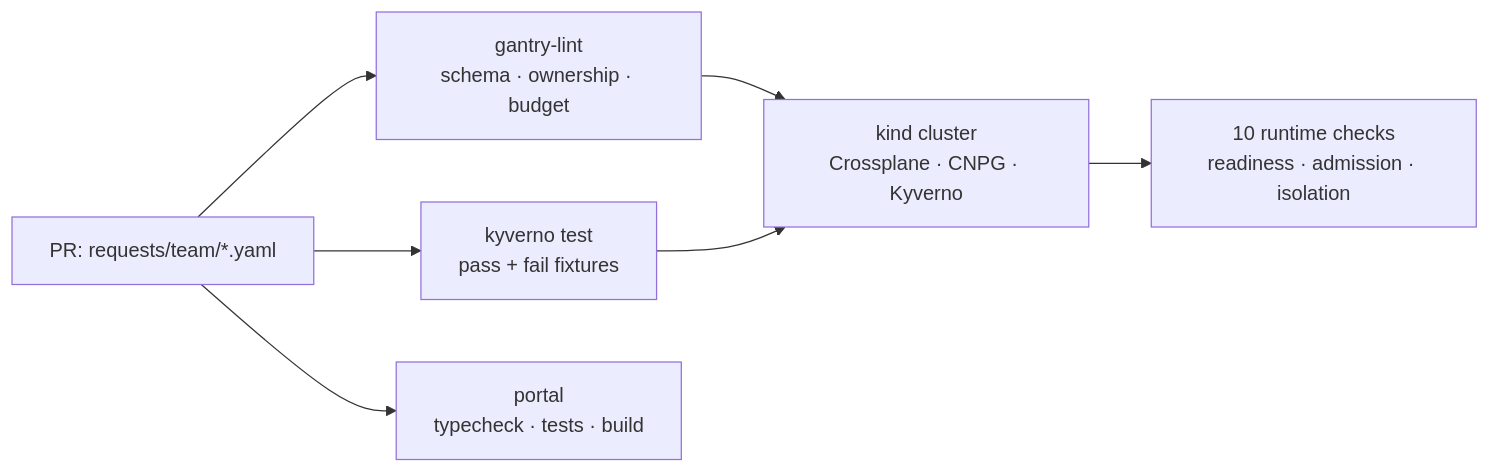
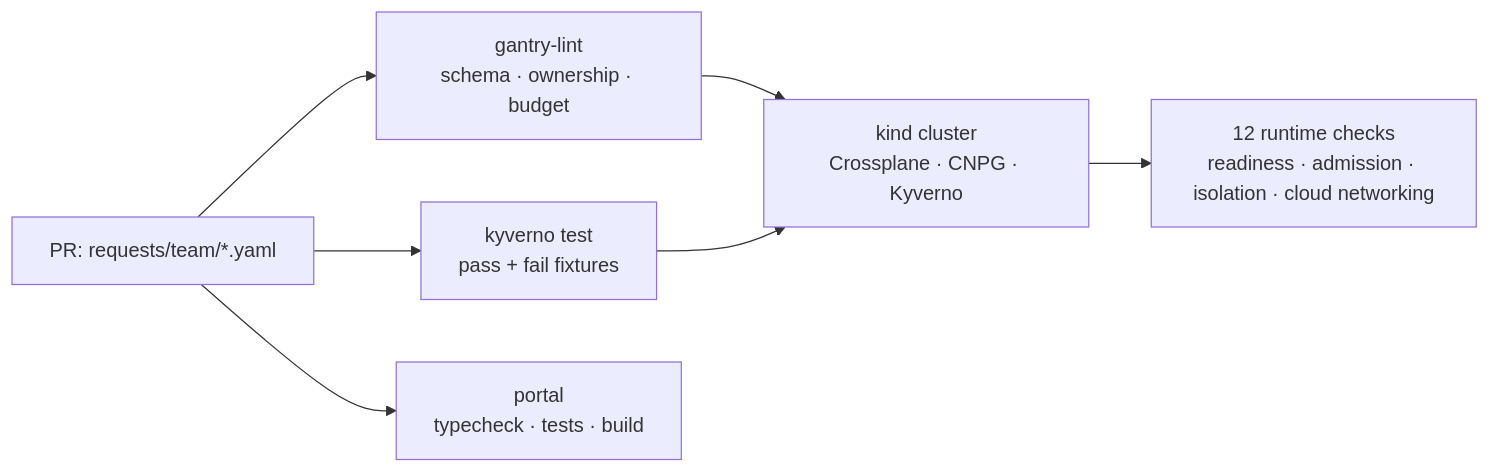
The diagram in README.md (georgitinchev/gantry), drawn with Mermaid before and after one commit. The commit also changed other lines of this file and 15 other files, not shown here.

````diff
--- a/README.md
+++ b/README.md
@@ -21,8 +21,8 @@
 ```mermaid
 flowchart LR
   pr["PR: requests/team/*.yaml"] --> lint["gantry-lint<br/>schema · ownership · budget"]
   pr --> pol["kyverno test<br/>pass + fail fixtures"]
   pr --> ui["portal<br/>typecheck · tests · build"]
   lint & pol --> e2e["kind cluster<br/>Crossplane · CNPG · Kyverno"]
-  e2e --> checks["10 runtime checks<br/>readiness · admission · isolation"]
+  e2e --> checks["12 runtime checks<br/>readiness · admission · isolation · cloud networking"]
 ```
````
